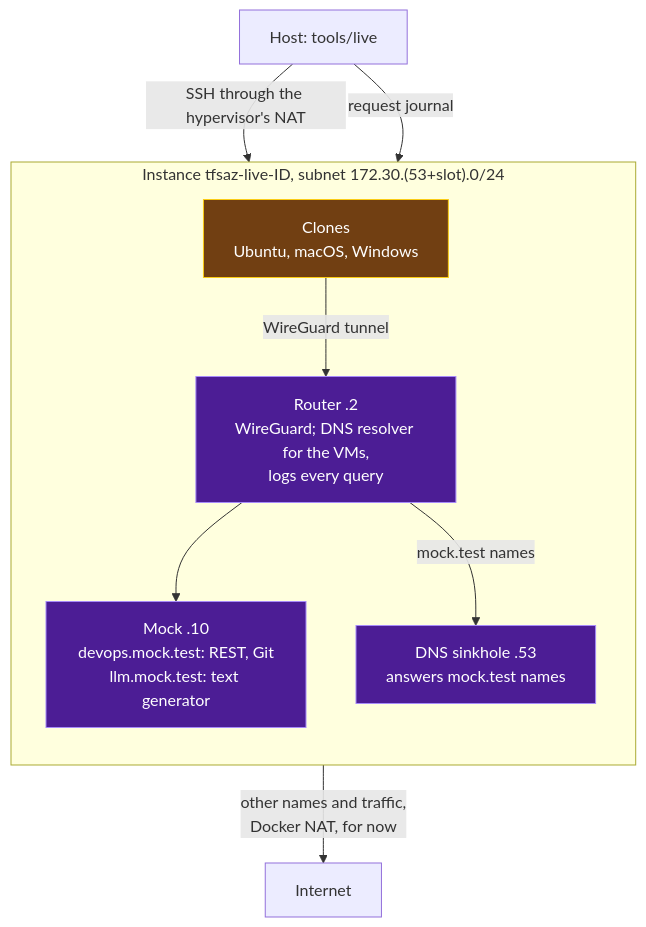
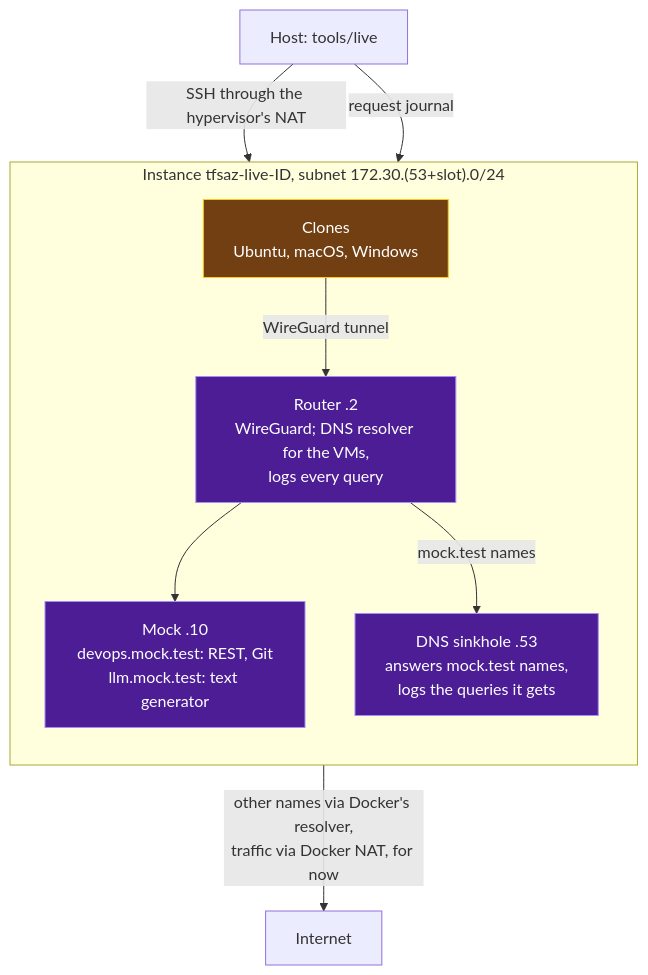
The second of 3 diagrams in docs/operations/live-tests-overview.md (toolspell/tfsaz), drawn with Mermaid before and after one commit.

Commit message:
docs(live): name Docker's resolver and the sinkhole log in the diagram

````diff
--- a/docs/operations/live-tests-overview.md
+++ b/docs/operations/live-tests-overview.md
@@ -51,22 +51,22 @@
 ```mermaid
 flowchart TB
   host["Host: tools/live"]
   subgraph inst["Instance tfsaz-live-ID, subnet 172.30.(53+slot).0/24"]
     direction TB
     clients["Clones<br/>Ubuntu, macOS, Windows"]
     router["Router .2<br/>WireGuard; DNS resolver for the VMs,<br/>logs every query"]
     mock["Mock .10<br/>devops.mock.test: REST, Git<br/>llm.mock.test: text generator"]
-    dns["DNS sinkhole .53<br/>answers mock.test names"]
+    dns["DNS sinkhole .53<br/>answers mock.test names,<br/>logs the queries it gets"]
     clients -- "WireGuard tunnel" --> router
     router --> mock
     router -- "mock.test names" --> dns
   end
   internet["Internet"]
   host -- "SSH through the hypervisor's NAT" --> clients
   host -- "request journal" --> mock
-  router -- "other names and traffic,<br/>Docker NAT, for now" --> internet
+  router -- "other names via Docker's resolver,<br/>traffic via Docker NAT, for now" --> internet
   classDef instance fill:#713f12,stroke:#facc15,color:#fff
   classDef bed fill:#4c1d95,stroke:#a78bfa,color:#fff
   class clients instance
   class router,mock,dns bed
 ```
````
